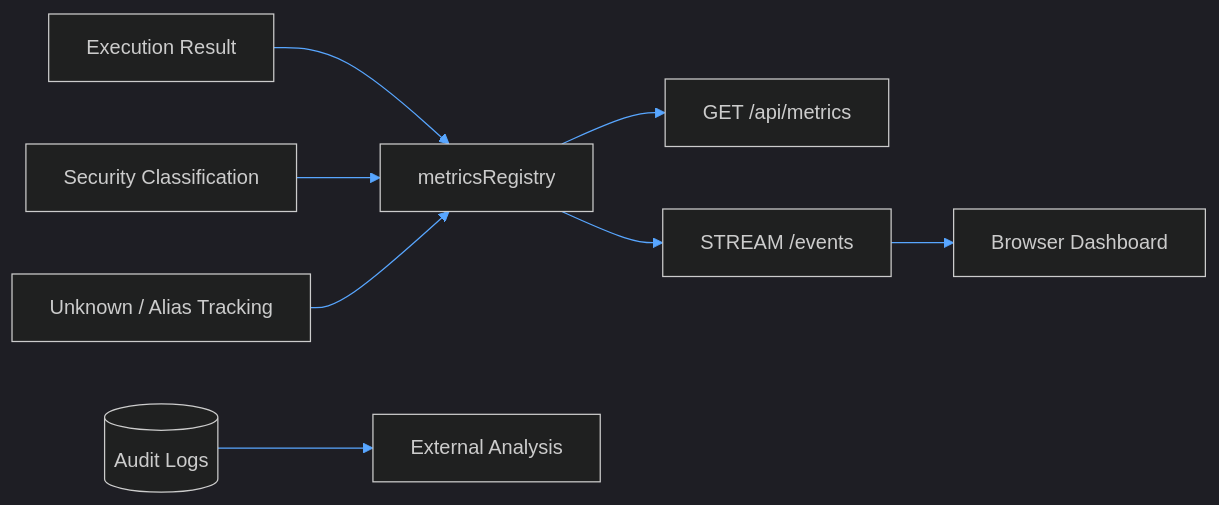
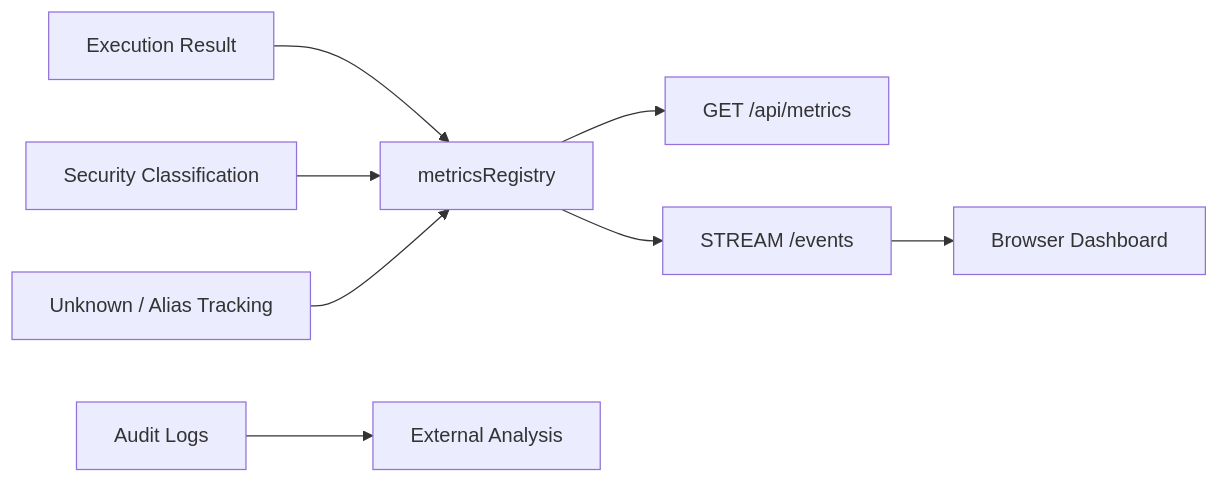
One commit to jagilber-org/powershell-mcp-server changed the sixth of 11 diagrams in docs/ARCHITECTURE.md. Above: the diagram before and after it, drawn with Mermaid. The commit also changed other lines of this file and 52 other files, not shown here.

````diff
--- a/docs/ARCHITECTURE.md
+++ b/docs/ARCHITECTURE.md
@@ -191,11 +185,10 @@
 ```mermaid
-%%{init: {"theme":"dark","themeVariables": { "primaryColor": "#1e2730","primaryTextColor":"#e6f1ff","primaryBorderColor":"#58a6ff","lineColor":"#58a6ff","secondaryColor":"#2a3542","tertiaryColor":"#16202a"}}}%%
 flowchart LR
     EXEC_EVENT[Execution Result] --> METR[metricsRegistry]
     CLASSIFY[Security Classification] --> METR
     THREAT[Unknown / Alias Tracking] --> METR
     METR --> SNAPSHOT[GET /api/metrics]
     METR --> SSE[STREAM /events]
     SSE --> DASH[Browser Dashboard]
-    LOGS[(Audit Logs)] --> ANALYSIS[External Analysis]
+    LOGS[Audit Logs] --> ANALYSIS[External Analysis]
 ```
````
